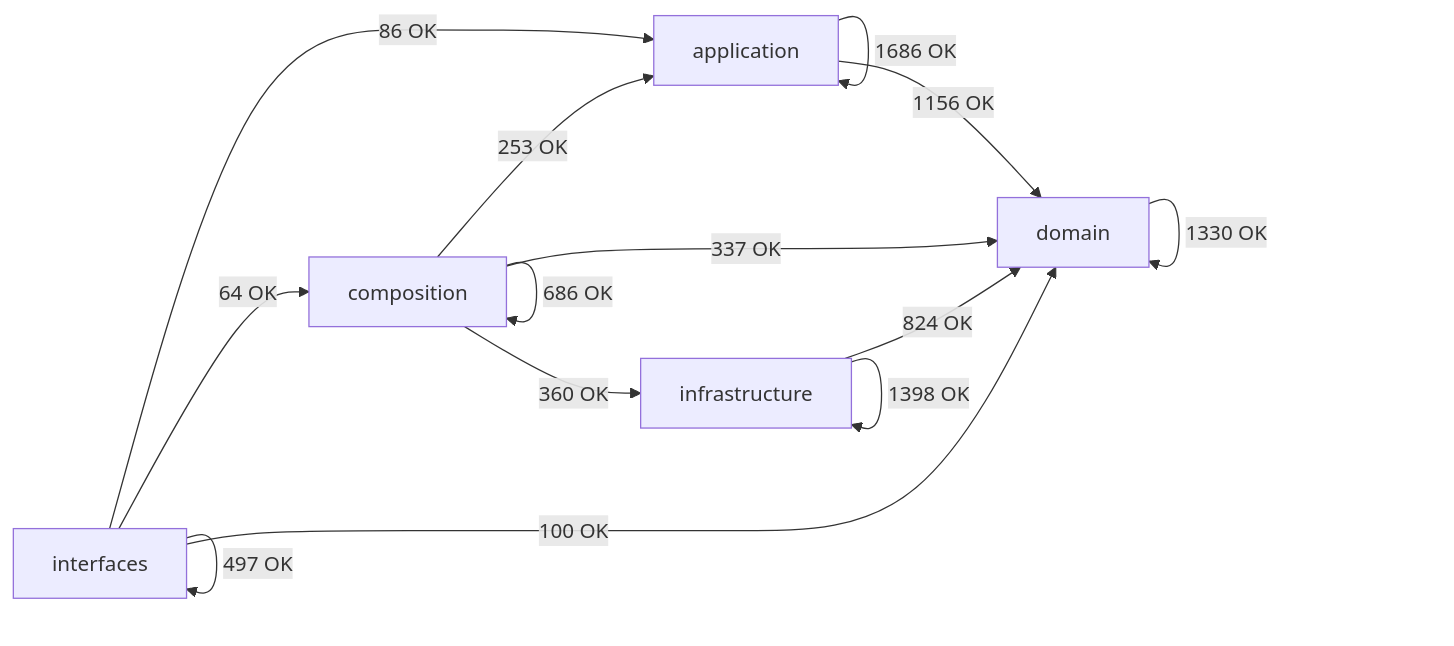
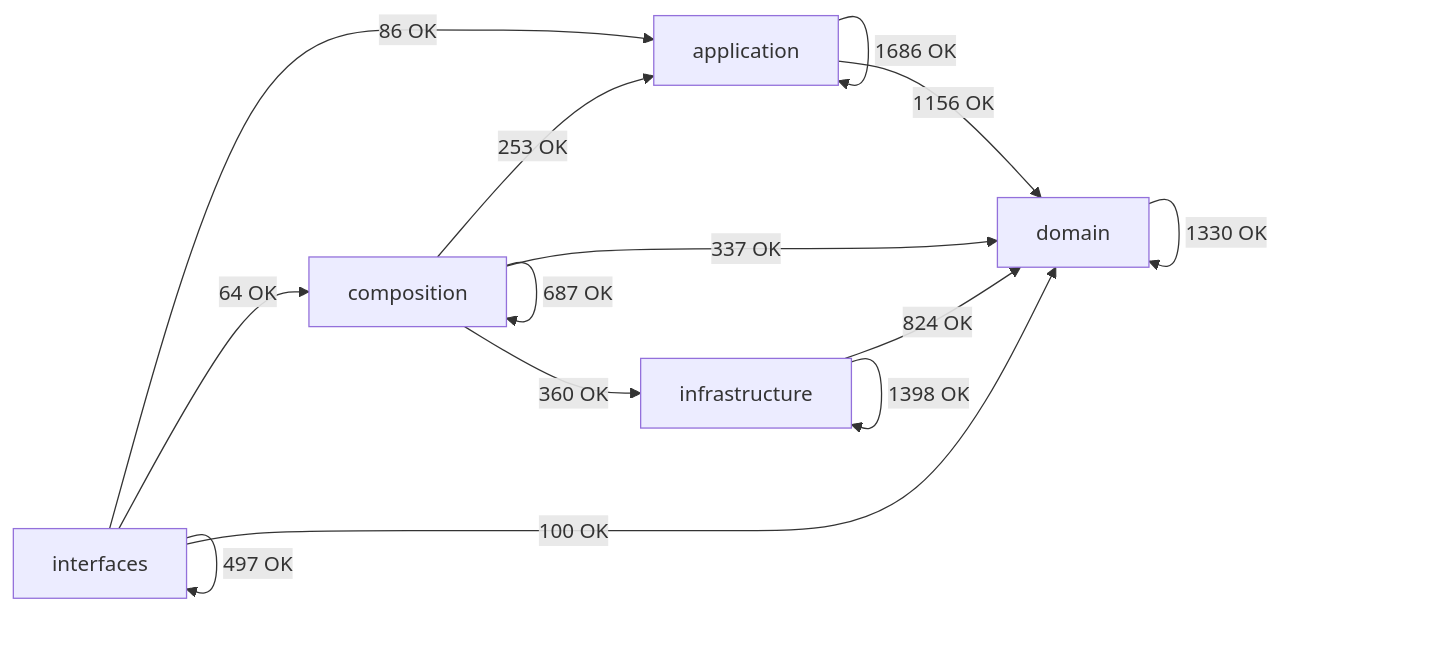
The diagram in docs/02-architecture/generated/module-dependency-map.md (SatoryKono/BioactivityDataAcquisition), drawn with Mermaid before and after one commit. The commit also changed other lines of this file and 1 other file, not shown here.

First line of the commit message:
docs(architecture): refresh dependency map after target CLI split

````diff
--- a/docs/02-architecture/generated/module-dependency-map.md
+++ b/docs/02-architecture/generated/module-dependency-map.md
@@ -17,21 +17,21 @@
 ```mermaid
 flowchart LR
     domain[domain]
     application[application]
     infrastructure[infrastructure]
     composition[composition]
     interfaces[interfaces]
     application -->|1686 OK| application
     application -->|1156 OK| domain
     composition -->|253 OK| application
-    composition -->|686 OK| composition
+    composition -->|687 OK| composition
     composition -->|337 OK| domain
     composition -->|360 OK| infrastructure
     domain -->|1330 OK| domain
     infrastructure -->|824 OK| domain
     infrastructure -->|1398 OK| infrastructure
     interfaces -->|86 OK| application
     interfaces -->|64 OK| composition
     interfaces -->|100 OK| domain
     interfaces -->|497 OK| interfaces
 ```
````
